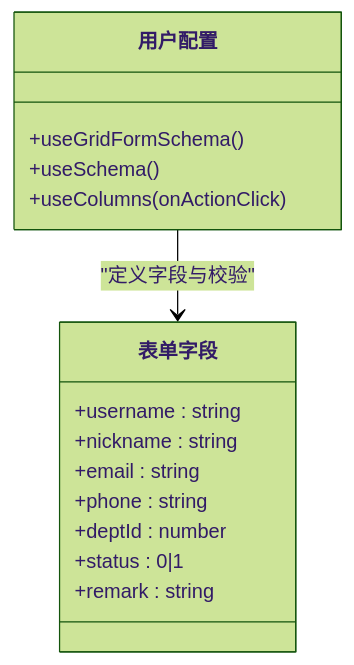
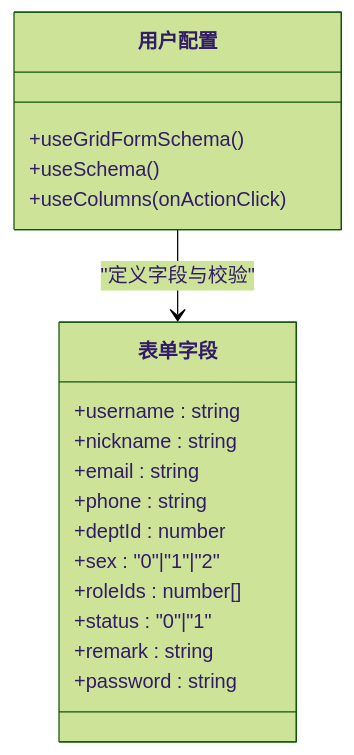
Before and after one commit to ShiRuYu/shiyu-ui: the fifth of 7 diagrams in .qoder/repowiki/zh/content/业务模块/用户管理.md, drawn with Mermaid (forest theme). The commit also changed other lines of this file and 37 other files, not shown here.

````diff
--- a/.qoder/repowiki/zh/content/业务模块/用户管理.md
+++ b/.qoder/repowiki/zh/content/业务模块/用户管理.md
@@ -256,18 +281,21 @@
 ```mermaid
 classDiagram
 class 用户配置 {
 +useGridFormSchema()
 +useSchema()
 +useColumns(onActionClick)
 }
 class 表单字段 {
 +username : string
 +nickname : string
 +email : string
 +phone : string
 +deptId : number
-+status : 0|1
++sex : "0"|"1"|"2"
++roleIds : number[]
++status : "0"|"1"
 +remark : string
++password : string
 }
 用户配置 --> 表单字段 : "定义字段与校验"
 ```
````
